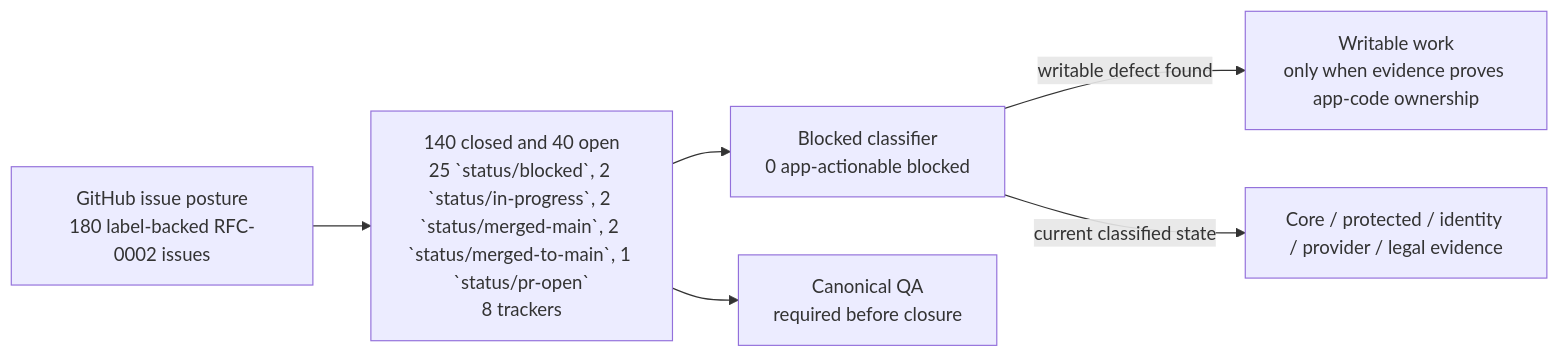
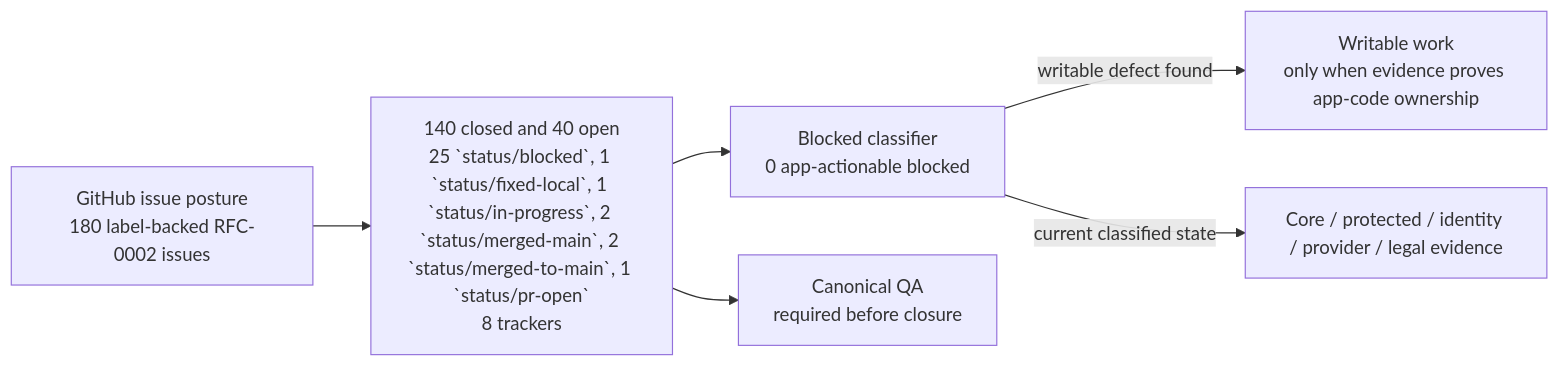
One commit to sgajbi/lotus-idea changed the first of 2 diagrams in wiki/RFC-0002-Execution-Status.md. Above: the diagram before and after it, drawn with Mermaid. The commit also changed other lines of this file and 7 other files, not shown here.

````diff
--- a/wiki/RFC-0002-Execution-Status.md
+++ b/wiki/RFC-0002-Execution-Status.md
@@ -39,15 +39,15 @@
 ```mermaid
 flowchart LR
     Issues["GitHub issue posture<br/>180 label-backed RFC-0002 issues"]
-    Open["140 closed and 40 open<br/>25 `status/blocked`, 2 `status/in-progress`, 2 `status/merged-main`, 2 `status/merged-to-main`, 1 `status/pr-open`<br/>8 trackers"]
+    Open["140 closed and 40 open<br/>25 `status/blocked`, 1 `status/fixed-local`, 1 `status/in-progress`, 2 `status/merged-main`, 2 `status/merged-to-main`, 1 `status/pr-open`<br/>8 trackers"]
     Blocked["Blocked classifier<br/>0 app-actionable blocked"]
     Work["Writable work<br/>only when evidence proves app-code ownership"]
     External["Core / protected / identity / provider / legal evidence"]
     QA["Canonical QA<br/>required before closure"]
 
     Issues --> Open
     Open --> Blocked
     Blocked -->|"writable defect found"| Work
     Blocked -->|"current classified state"| External
     Open --> QA
 ```
````
